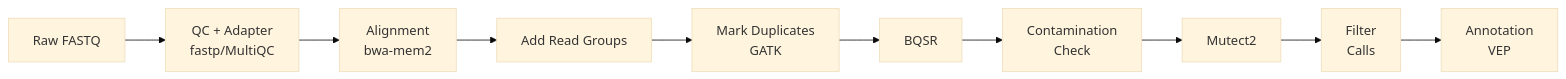
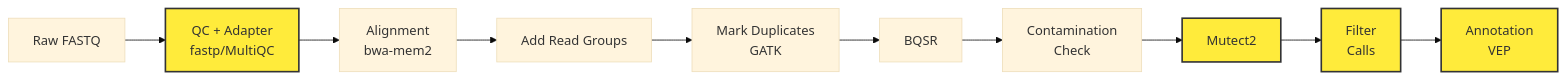
One commit to sib-swiss/cancer-variants-training changed the first of 2 diagrams in slides/02_introduction_cancer_variants.qmd. Above: the diagram before and after it, drawn with Mermaid (base theme). The commit also changed other lines of this file and 1 other file, not shown here.

````diff
--- a/slides/02_introduction_cancer_variants.qmd
+++ b/slides/02_introduction_cancer_variants.qmd
@@ -339,12 +344,18 @@
 ```{mermaid}
 flowchart LR
     A[Raw FASTQ] --> B[QC + Adapter<br/>fastp/MultiQC]
     B --> C[Alignment<br/>bwa-mem2]
     C --> D[Add Read Groups]
     D --> E[Mark Duplicates<br/>GATK]
     E --> F[BQSR]
     F --> G[Contamination<br/>Check]
     G --> H[Mutect2]
     H --> I[Filter<br/>Calls]
     I --> J[Annotation<br/>VEP]
+
+    %% Define the yellow style class
+    classDef covered fill:#ffeb3b,stroke:#333,stroke-width:2px;
+
+    %% Apply the class to specific nodes
+    class B,H,I,J covered;
 ```
````
